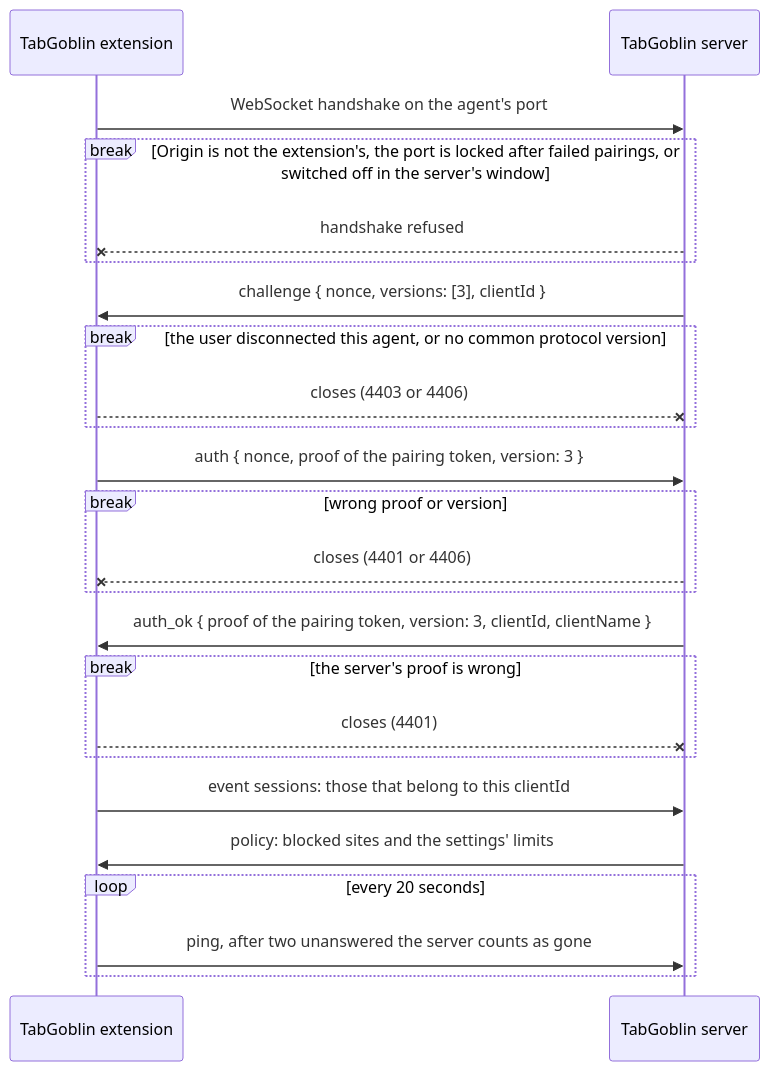
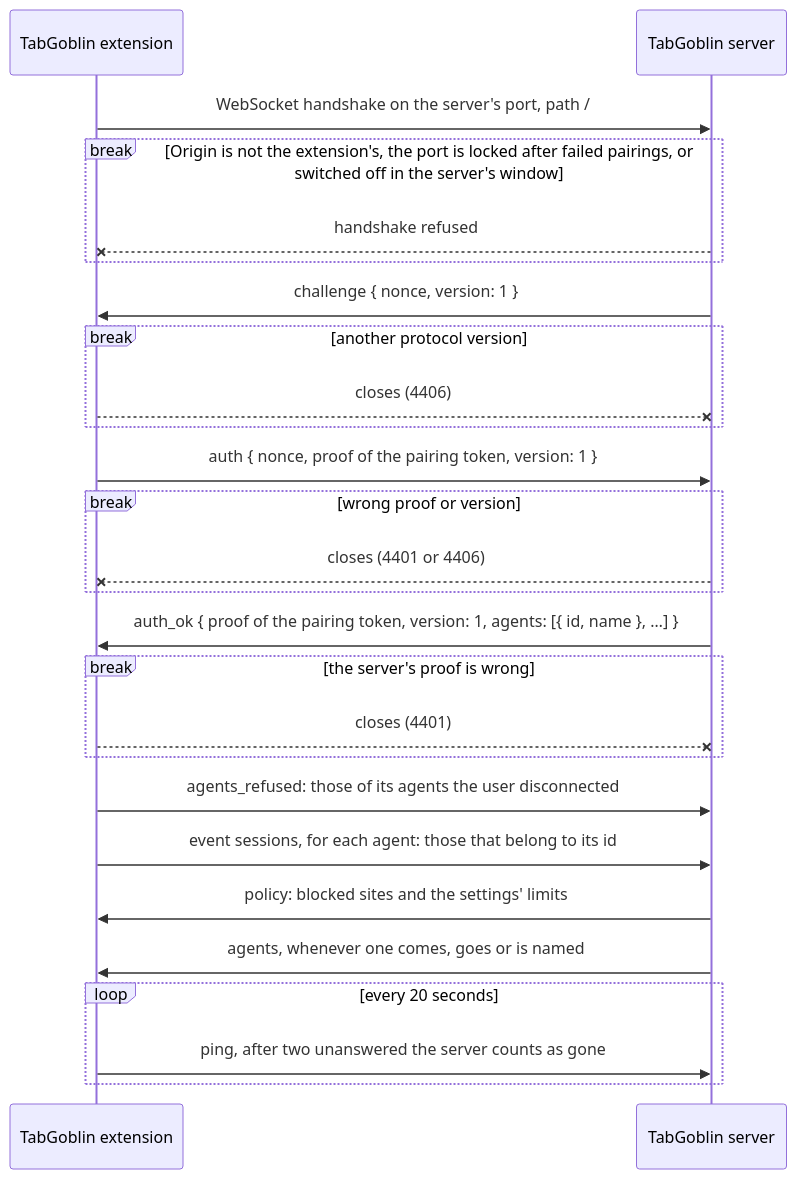
Before and after one commit to LaughingManCommits/TabGoblin: the second of 8 diagrams in docs/architecture.md, drawn with Mermaid. The commit also changed other lines of this file and 51 other files, not shown here.

````diff
--- a/docs/architecture.md
+++ b/docs/architecture.md
@@ -223,26 +185,28 @@
 ```mermaid
 sequenceDiagram
   participant E as TabGoblin extension
   participant S as TabGoblin server
-  E->>S: WebSocket handshake on the agent's port
+  E->>S: WebSocket handshake on the server's port, path /
   break Origin is not the extension's, the port is locked after failed pairings, or switched off in the server's window
     S--xE: handshake refused
   end
-  S->>E: challenge { nonce, versions: [3], clientId }
-  break the user disconnected this agent, or no common protocol version
-    E--xS: closes (4403 or 4406)
+  S->>E: challenge { nonce, version: 1 }
+  break another protocol version
+    E--xS: closes (4406)
   end
-  E->>S: auth { nonce, proof of the pairing token, version: 3 }
+  E->>S: auth { nonce, proof of the pairing token, version: 1 }
   break wrong proof or version
     S--xE: closes (4401 or 4406)
   end
-  S->>E: auth_ok { proof of the pairing token, version: 3, clientId, clientName }
+  S->>E: auth_ok { proof of the pairing token, version: 1, agents: [{ id, name }, …] }
   break the server's proof is wrong
     E--xS: closes (4401)
   end
-  E->>S: event sessions: those that belong to this clientId
+  E->>S: agents_refused: those of its agents the user disconnected
+  E->>S: event sessions, for each agent: those that belong to its id
   S->>E: policy: blocked sites and the settings' limits
+  S->>E: agents, whenever one comes, goes or is named
   loop every 20 seconds
     E->>S: ping, after two unanswered the server counts as gone
   end
 ```
````
